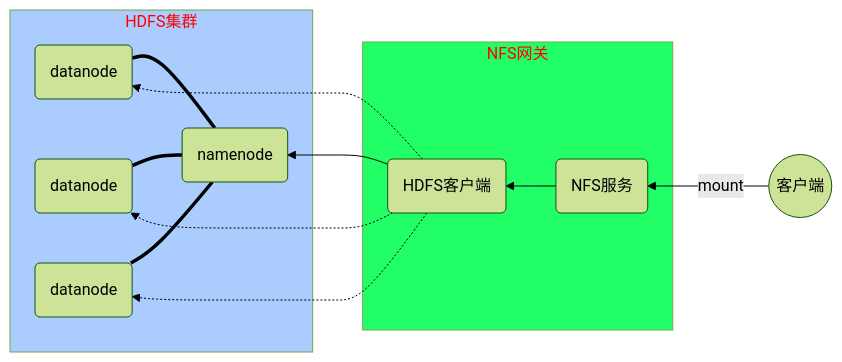
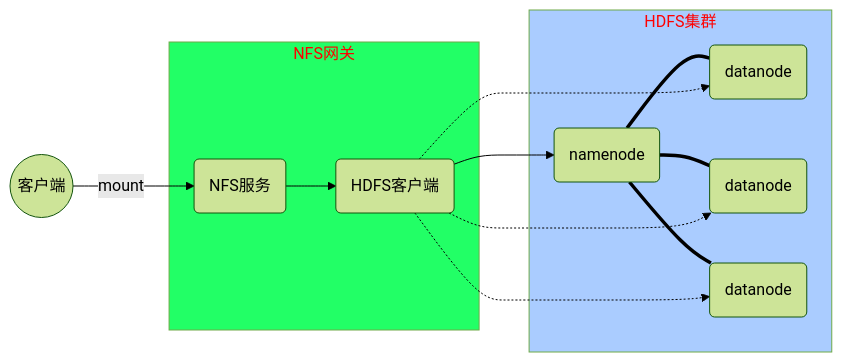
The second of 2 diagrams in ARCHITECTURE/04/hadoop-02.md (tonggh220/md_4_nsd_notes), drawn with Mermaid (forest theme) before and after one commit.

````diff
--- a/ARCHITECTURE/04/hadoop-02.md
+++ b/ARCHITECTURE/04/hadoop-02.md
@@ -121,24 +121,24 @@
 ```mermaid
-graph RL
+graph LR
 subgraph HDFS集群
   style HDFS集群 color:#ff0000,fill:#aaccff
   N1(namenode)
   D1(datanode)
   D2(datanode)
   D3(datanode)
   N1 === D1
   N1 === D2
   N1 === D3
 end
 subgraph NFS网关
   style NFS网关 color:#ff0000,fill:#22ff66
   S1(HDFS客户端)
   S2(NFS服务)
   S2 --> S1
 end
 S1 --> N1
 S1 -.-> D1
 S1 -.-> D2
 S1 -.-> D3
 C((客户端)) -->|mount| S2
 ```
````
